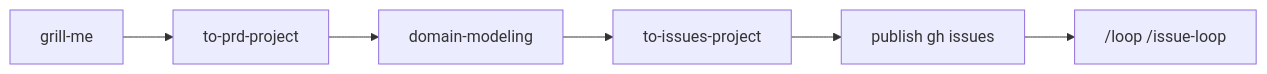
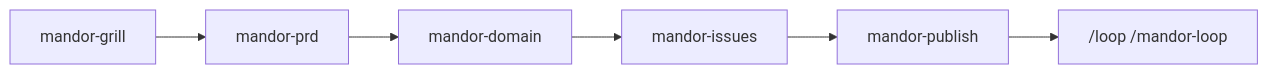
The diagram in docs/examples/account-status-chip/README.md (achmadya-dev/mandor-plate), drawn with Mermaid before and after one commit. The commit also changed other lines of this file and 26 other files, not shown here.

First line of the commit message:
refactor(agents): rename skills to mandor-* and split publish

````diff
--- a/docs/examples/account-status-chip/README.md
+++ b/docs/examples/account-status-chip/README.md
@@ -20,8 +34,8 @@
 ```mermaid
 flowchart LR
-  G[grill-me] --> P[to-prd-project]
-  P --> D[domain-modeling]
-  D --> I[to-issues-project]
-  I --> Pub[publish gh issues]
-  Pub --> L["/loop /issue-loop"]
+  G[mandor-grill] --> P[mandor-prd]
+  P --> D[mandor-domain]
+  D --> I[mandor-issues]
+  I --> Pub[mandor-publish]
+  Pub --> L["/loop /mandor-loop"]
 ```
````
